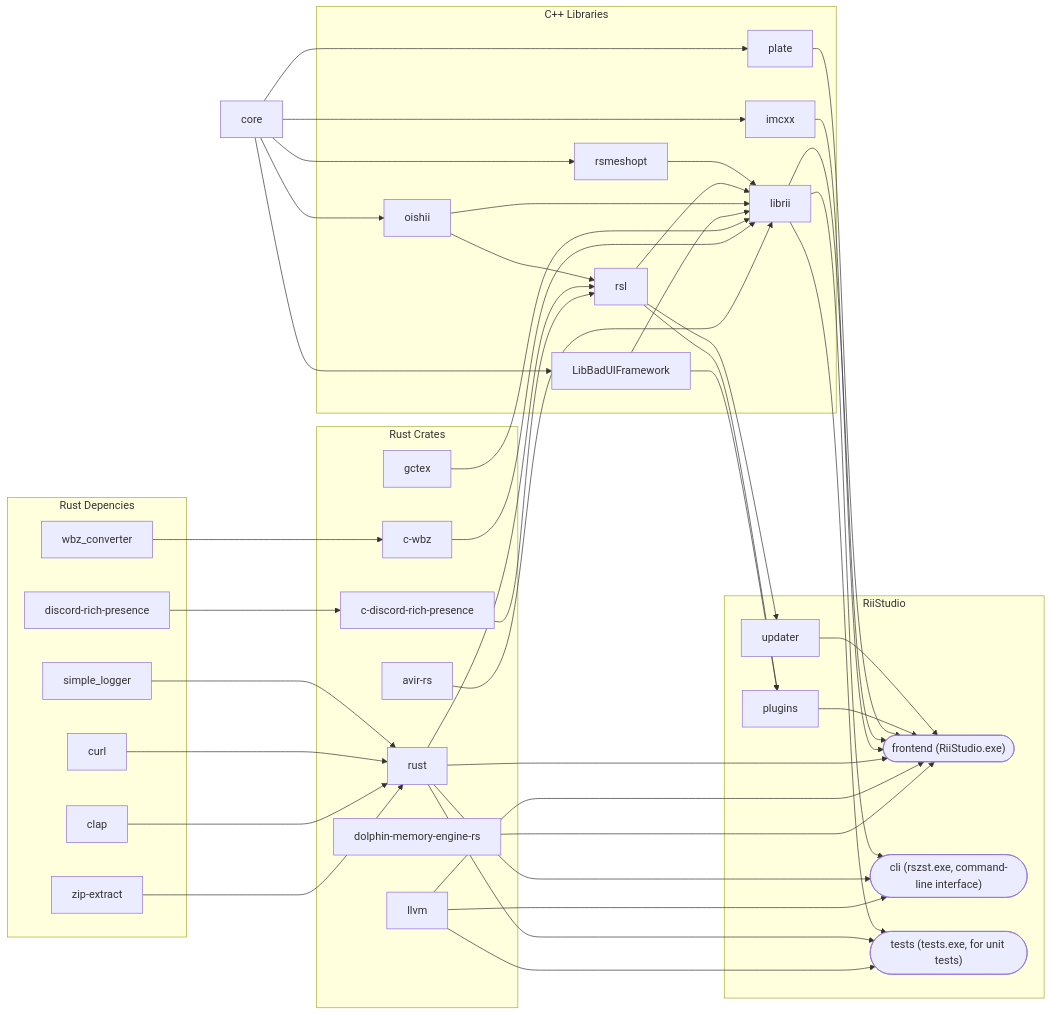
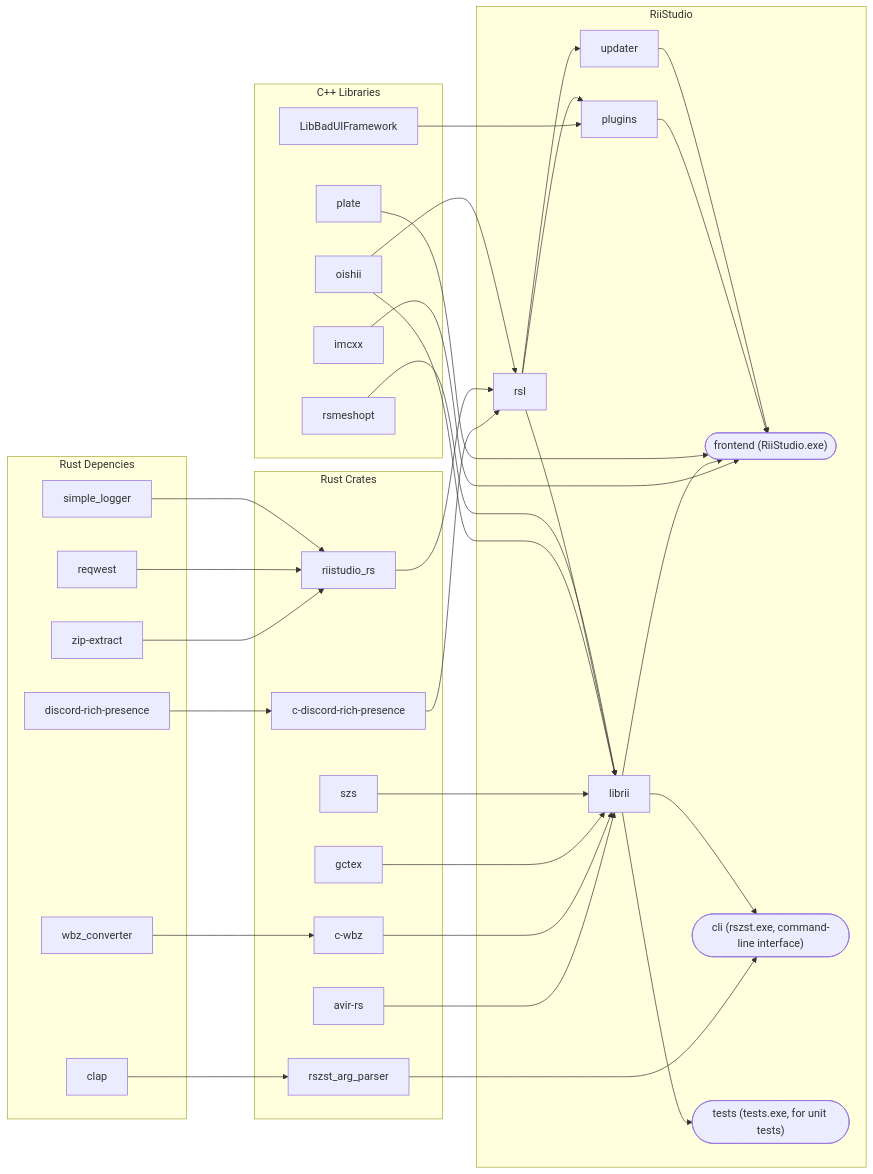
The first of 2 diagrams in source/README.md (riidefi/RiiStudio), drawn with Mermaid before and after one commit. The commit also changed other lines of this file, not shown here.

```diff
--- a/source/README.md
+++ b/source/README.md
@@ -9,25 +37,25 @@
 	wbz_converter
     zip-extract
     clap
-    curl
+    reqwest
     simple_logger
 end
 
 discord-rich-presence ---> c-discord-rich-presence
 wbz_converter --> c-wbz
-zip-extract --> rust
-clap --> rust
-curl --> rust
-simple_logger --> rust
+zip-extract --> riistudio_rs
+clap --> rszst_arg_parser
+reqwest --> riistudio_rs
+simple_logger --> riistudio_rs
 
 subgraph "Rust Crates"
-	llvm
     avir-rs
 	c-discord-rich-presence
 	c-wbz
-	dolphin-memory-engine-rs
 	gctex
-	rust
+	szs
+    rszst_arg_parser
+    riistudio_rs
 end
 
 subgraph "C++ Libraries"
@@ -36,19 +64,20 @@
 	plate
 	rsmeshopt
 	LibBadUIFramework
-	librii
-	rsl
 end
 
 subgraph "RiiStudio"
+    plugins
     updater
-    plugins
+	rsl
+	librii
     frontend(["frontend (RiiStudio.exe)"])
     cli(["cli (rszst.exe, command-line interface)"])
     tests(["tests (tests.exe, for unit tests)"])
 end
 
-core --> oishii & plate & rsmeshopt & imcxx & LibBadUIFramework
+
+%% core --> oishii & plate & rsmeshopt & imcxx & LibBadUIFramework
 
 %% core
 %% vendor
@@ -59,17 +88,19 @@
 %% 	frontend
 %% end
 
+rszst_arg_parser --> cli
+
 avir-rs --> librii
 c-discord-rich-presence --> rsl
 c-wbz --> librii
-dolphin-memory-engine-rs --> frontend
 gctex --> librii
-llvm --> cli & frontend & tests
-rust -->  rsl & cli & frontend & tests
+%%llvm --> cli & frontend & tests
+riistudio_rs -->  rsl
+szs --> librii
 
 %% core -->  LibBadUIFramework & librii & plugins & rsl & updater & cli & frontend & tests
 imcxx --> frontend
-LibBadUIFramework --> plugins & librii
+LibBadUIFramework --> plugins
 %%  & frontend
 librii --> cli & frontend & tests
 oishii --> rsl & librii
```
